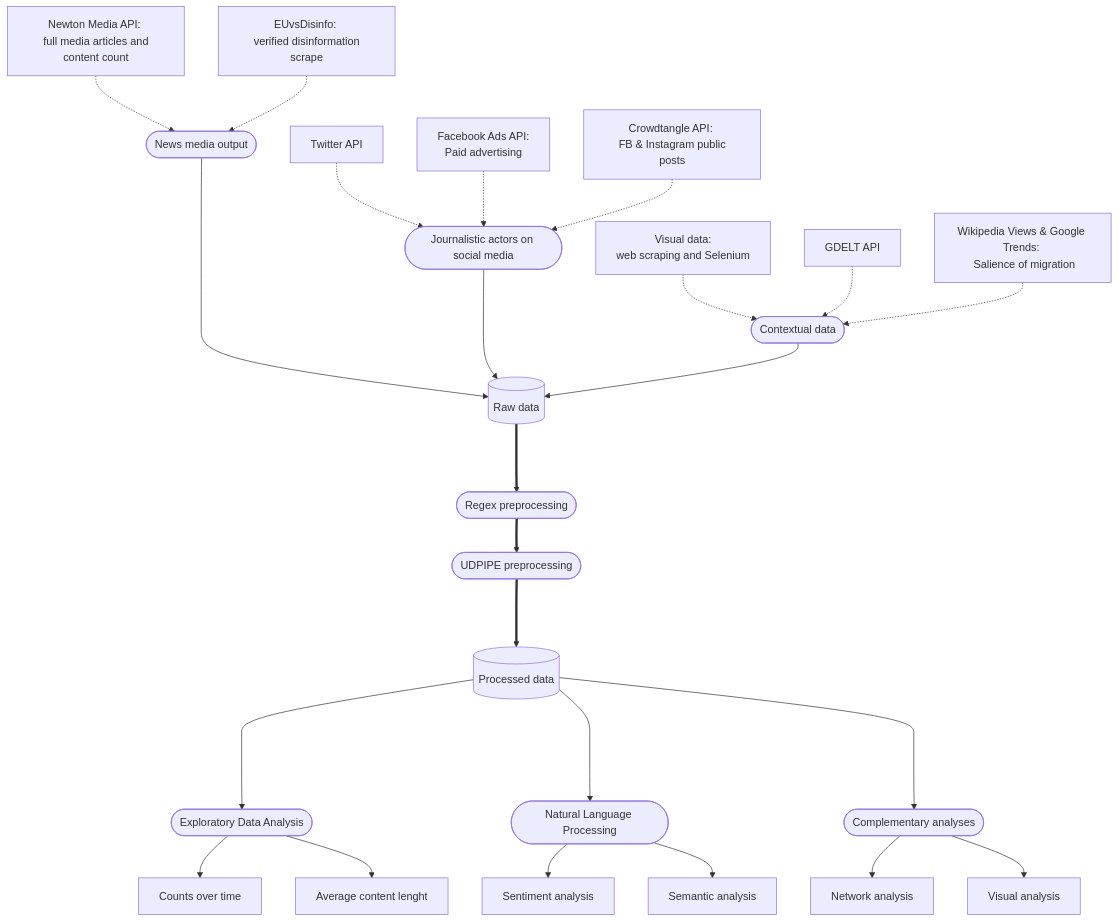
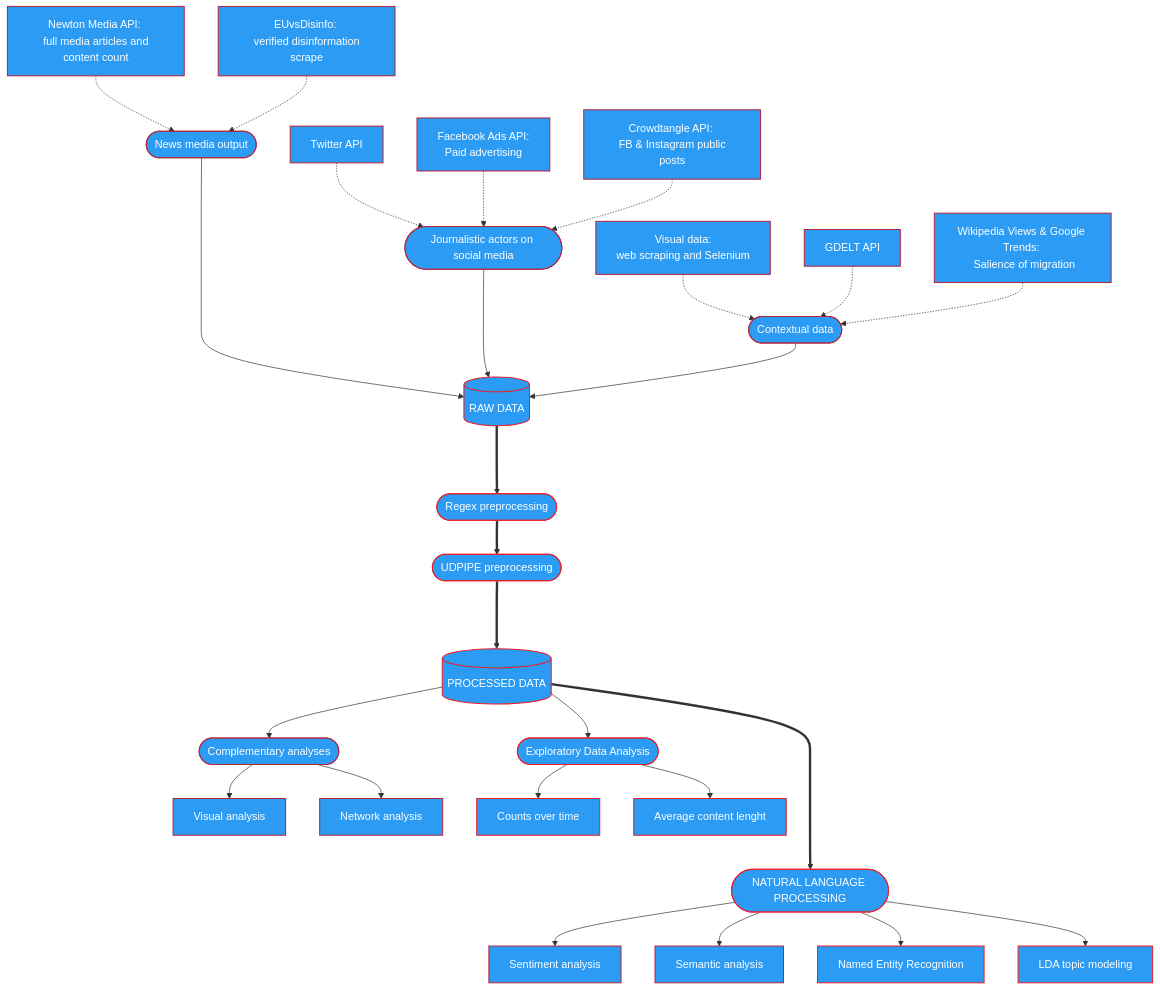
One commit to opop999/media_discourse_research changed the diagram in README.md. Above: the diagram before and after it, drawn with Mermaid.

````diff
--- a/README.md
+++ b/README.md
@@ -102,28 +102,59 @@
 ```mermaid
 graph TD;
+
+  style newton fill:#2b9bf4,color:#fff,stroke:#b4263d,stroke-width:1.5px
+  style disinfo fill:#2b9bf4,color:#fff,stroke:#b4263d,stroke-width:1.5px
+  style twitter fill:#2b9bf4,color:#fff,stroke:#b4263d,stroke-width:1.5px
+  style media fill:#2b9bf4,color:#fff,stroke:#b4263d,stroke-width:1.5px
+  style fb_ads fill:#2b9bf4,color:#fff,stroke:#b4263d,stroke-width:1.5px
+  style crowdtangle fill:#2b9bf4,color:#fff,stroke:#b4263d,stroke-width:1.5px
+  style soc_media fill:#2b9bf4,color:#fff,stroke:#b4263d,stroke-width:1.5px
+  style visual_data fill:#2b9bf4,color:#fff,stroke:#b4263d,stroke-width:1.5px
+  style gdelt fill:#2b9bf4,color:#fff,stroke:#b4263d,stroke-width:1.5px
+  style gdelt fill:#2b9bf4,color:#fff,stroke:#b4263d,stroke-width:1.5px
+  style complementary fill:#2b9bf4,color:#fff,stroke:#b4263d,stroke-width:1.5px
+  style semantic fill:#2b9bf4,color:#fff,stroke:#b4263d,stroke-width:1.5px
+  style sentiment fill:#2b9bf4,color:#fff,stroke:#b4263d,stroke-width:1.5px
+  style vision fill:#2b9bf4,color:#fff,stroke:#b4263d,stroke-width:1.5px
+  style wiki_gtrends fill:#2b9bf4,color:#fff,stroke:#b4263d,stroke-width:1.5px
+  style network fill:#2b9bf4,color:#fff,stroke:#b4263d,stroke-width:1.5px
+  style complementary_analyses fill:#2b9bf4,color:#fff,stroke:#b4263d,stroke-width:1.5px
+  style raw_data fill:#2b9bf4,color:#fff,stroke:#ed1c24,stroke-width:1.5px
+  style regex fill:#2b9bf4,color:#fff,stroke:#ed1c24,stroke-width:1.5px
+  style udpipe fill:#2b9bf4,color:#fff,stroke:#ed1c24,stroke-width:1.5px
+  style clean_data fill:#2b9bf4,color:#fff,stroke:#ed1c24,stroke-width:1.5px
+  style eda fill:#2b9bf4,color:#fff,stroke:#ed1c24,stroke-width:1.5px
+  style udpipe fill:#2b9bf4,color:#fff,stroke:#ed1c24,stroke-width:1.5px
+  style nlp fill:#2b9bf4,color:#fff,stroke:#ed1c24,stroke-width:1.5px
+  style counts fill:#2b9bf4,color:#fff,stroke:#ed1c24,stroke-width:1.5px
+  style length fill:#2b9bf4,color:#fff,stroke:#ed1c24,stroke-width:1.5px
+  style lda fill:#2b9bf4,color:#fff,stroke:#ed1c24,stroke-width:1.5px
+  style ner fill:#2b9bf4,color:#fff,stroke:#ed1c24,stroke-width:1.5px
+    
   newton[Newton Media API: <br> full media articles and content count] -.-> media([News media output])
   disinfo[EUvsDisinfo: <br> verified disinformation scrape] -.-> media
   twitter[Twitter API] -.-> soc_media([Journalistic actors on social media])
   fb_ads[Facebook Ads API: <br> Paid advertising] -.-> soc_media
   crowdtangle[Crowdtangle API: <br> FB & Instagram public posts] -.-> soc_media
-  media ----> raw_data[(Raw data)]
+  media ----> raw_data[(RAW DATA)]
   soc_media ---> raw_data
   visual_data[Visual data: <br> web scraping and Selenium] -.-> complementary([Contextual data])
   gdelt[GDELT API] -.-> complementary
   wiki_gtrends[Wikipedia Views & Google Trends: <br> Salience of migration] -.-> complementary
   complementary --> raw_data
   raw_data ===> regex([Regex preprocessing])
   regex ==> udpipe([UDPIPE preprocessing])
-  udpipe ===> clean_data[(Processed data)]
-  clean_data ----> eda([Exploratory Data Analysis])
-  clean_data ----> nlp([Natural Language Processing])
-  clean_data ----> complementary_analyses([Complementary analyses])
+  udpipe ===> clean_data[(PROCESSED DATA)]
+  clean_data --> eda([Exploratory Data Analysis])
+  clean_data ====> nlp([NATURAL LANGUAGE PROCESSING])
+  clean_data --> complementary_analyses([Complementary analyses])
   eda --> counts[Counts over time]
   eda --> length[Average content lenght]
   complementary_analyses --> network[Network analysis]
   complementary_analyses --> vision[Visual analysis]
   nlp --> sentiment[Sentiment analysis]
   nlp --> semantic[Semantic analysis]
-    
-  
+  nlp --> ner[Named Entity Recognition]
+  nlp --> lda[LDA topic modeling]
+
 ```
````
